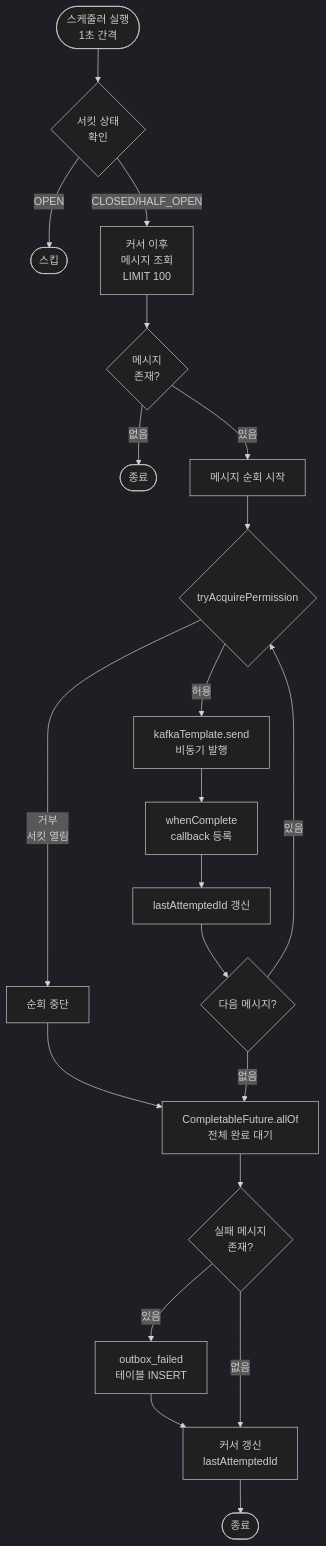
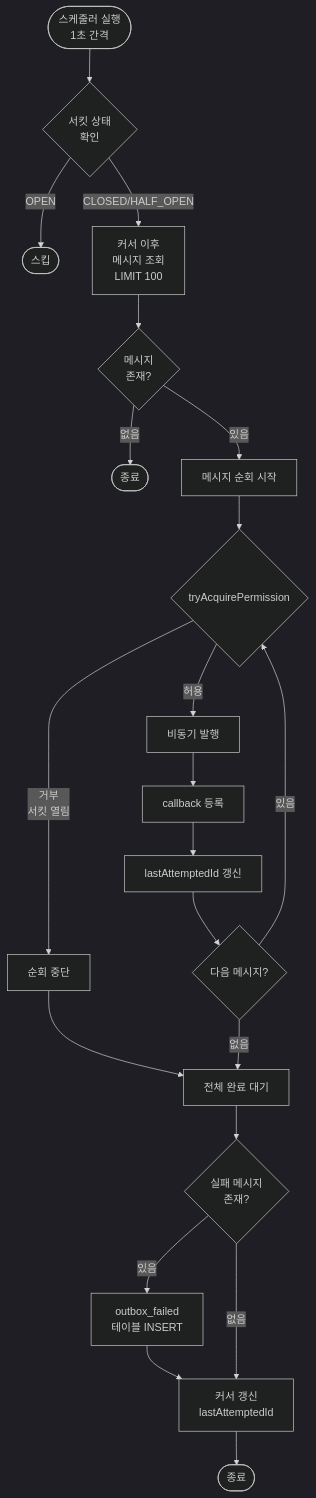
The first of 4 diagrams in docs/week8/round8-detailed-design.md (Loopers-dev-lab/loopers-spring-kotlin-template), drawn with Mermaid (dark theme) before and after one commit. The commit also changed other lines of this file and 1 other file, not shown here.

First line of the commit message:
docs: Kafka 기반 이벤트 설계 문서 간소화

````diff
--- a/docs/week8/round8-detailed-design.md
+++ b/docs/week8/round8-detailed-design.md
@@ -192,35 +80,23 @@
 ```mermaid
 flowchart TD
     Start([스케줄러 실행<br/>1초 간격]) --> CheckCircuit{서킷 상태<br/>확인}
-    
     CheckCircuit -->|OPEN| End1([스킵])
-    
     CheckCircuit -->|CLOSED/HALF_OPEN| FetchMessages[커서 이후<br/>메시지 조회<br/>LIMIT 100]
-    
     FetchMessages --> HasMessages{메시지<br/>존재?}
     HasMessages -->|없음| End2([종료])
-    
     HasMessages -->|있음| LoopStart[메시지 순회 시작]
-    
     LoopStart --> TryPermission{tryAcquirePermission}
-    
     TryPermission -->|거부<br/>서킷 열림| BreakLoop[순회 중단]
     BreakLoop --> WaitFutures
-    
-    TryPermission -->|허용| SendAsync[kafkaTemplate.send<br/>비동기 발행]
-    SendAsync --> RegisterCallback[whenComplete<br/>callback 등록]
+    TryPermission -->|허용| SendAsync[비동기 발행]
+    SendAsync --> RegisterCallback[callback 등록]
     RegisterCallback --> UpdateLastId[lastAttemptedId 갱신]
     UpdateLastId --> NextMessage{다음 메시지?}
-    
     NextMessage -->|있음| TryPermission
-    NextMessage -->|없음| WaitFutures[CompletableFuture.allOf<br/>전체 완료 대기]
-    
+    NextMessage -->|없음| WaitFutures[전체 완료 대기]
     WaitFutures --> HasFailed{실패 메시지<br/>존재?}
-    
     HasFailed -->|있음| InsertFailed[outbox_failed<br/>테이블 INSERT]
     InsertFailed --> UpdateCursor
-    
     HasFailed -->|없음| UpdateCursor[커서 갱신<br/>lastAttemptedId]
-    
     UpdateCursor --> End3([종료])
 ```
````
